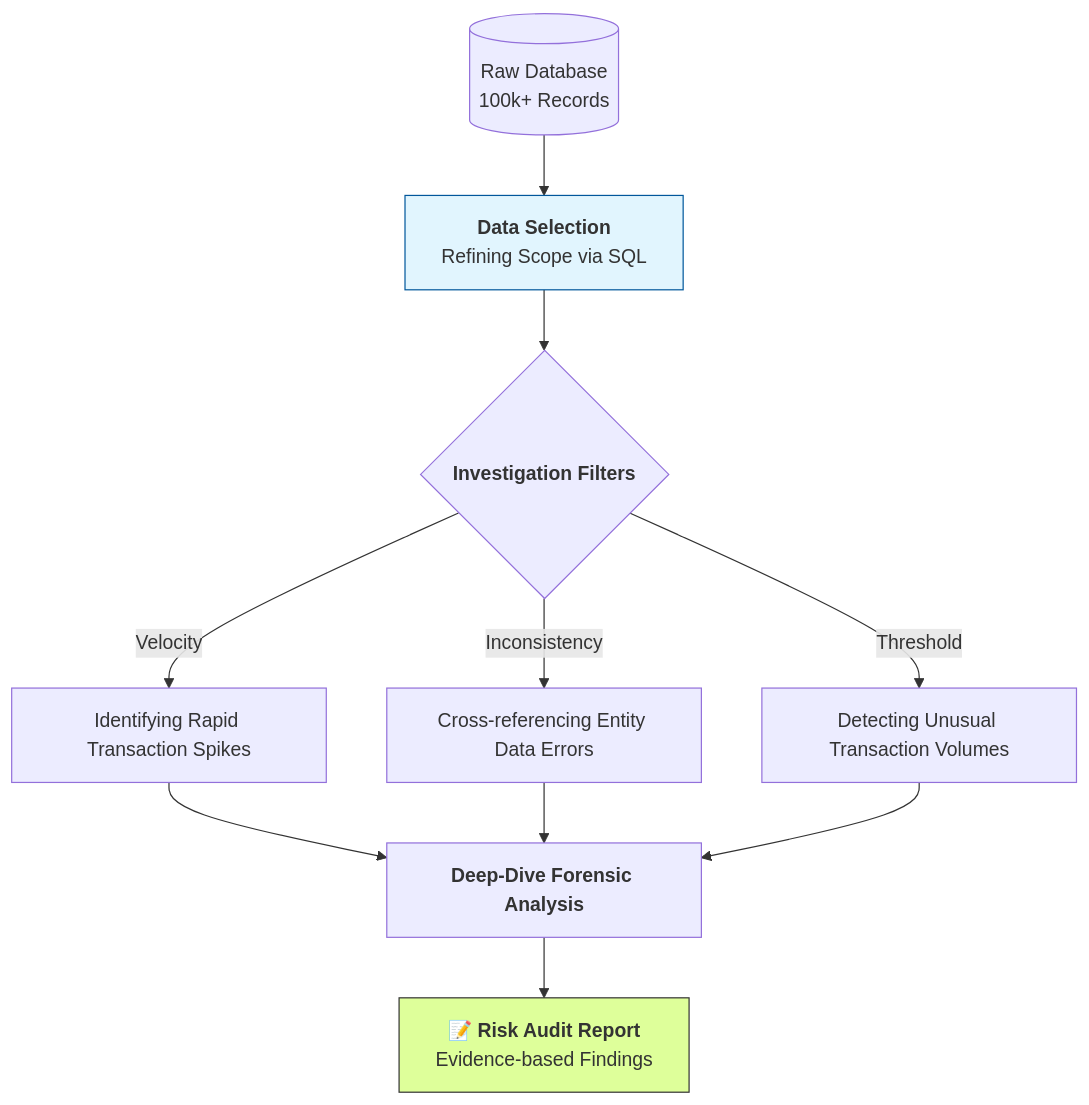
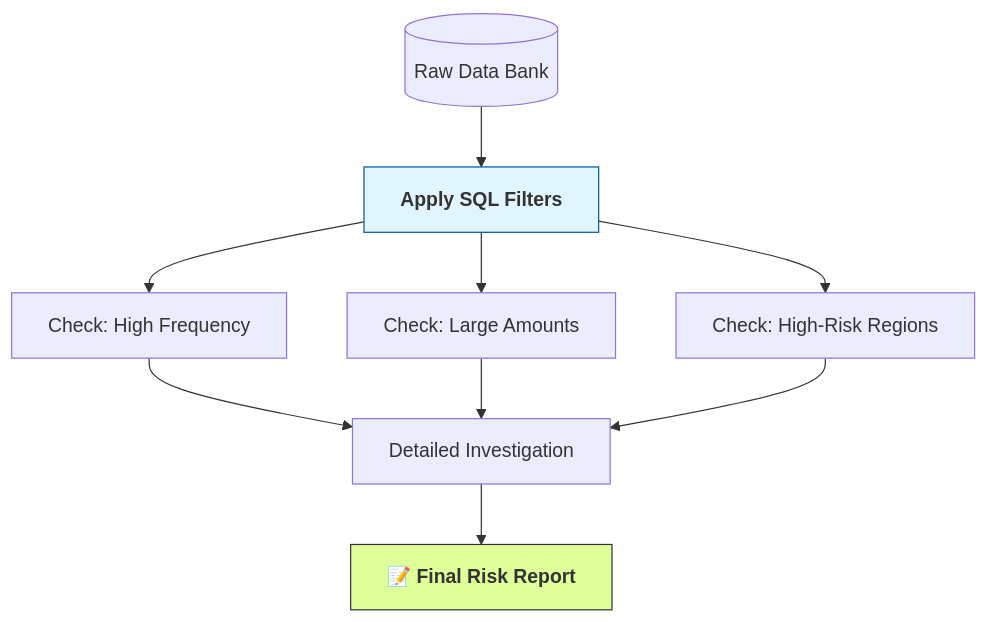
The diagram in README.md (bellachang0106/kpmg-data-risk-analytics-sql), drawn with Mermaid before and after one commit.

````diff
--- a/README.md
+++ b/README.md
@@ -11,14 +11,15 @@
 ```mermaid
 graph TD
-    A[(Raw Database<br/>100k+ Records)] --> B[<b>Data Selection</b><br/>Refining Scope via SQL]
-    B --> C{<b>Investigation Filters</b>}
-    C -- "Velocity" --> D[Identifying Rapid Transaction Spikes]
-    C -- "Inconsistency" --> E[Cross-referencing Entity Data Errors]
-    C -- "Threshold" --> F[Detecting Unusual Transaction Volumes]
-    D & E & F --> G[<b>Deep-Dive Forensic Analysis</b>]
-    G --> H["📝 <b>Risk Audit Report</b><br/>Evidence-based Findings"]
+    A[(Raw Data Bank)] --> B[<b>Apply SQL Filters</b>]
+    
+    B --> C1[Check: High Frequency]
+    B --> C2[Check: Large Amounts]
+    B --> C3[Check: High-Risk Regions]
+    
+    C1 & C2 & C3 --> D[Detailed Investigation]
+    D --> E["📝 <b>Final Risk Report</b>"]
 
     style B fill:#e1f5fe,stroke:#01579b
-    style H fill:#deff9a,stroke:#333
+    style E fill:#deff9a,stroke:#333
 
 ```
````
